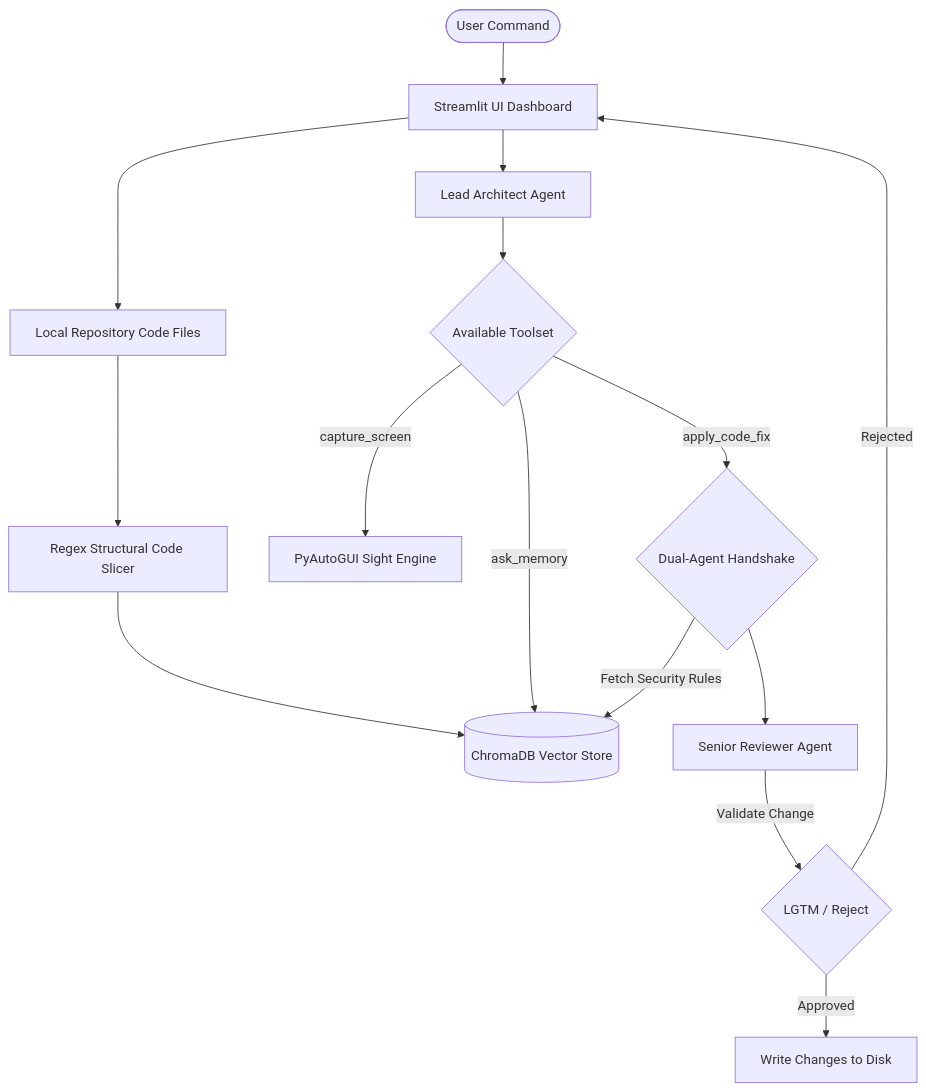
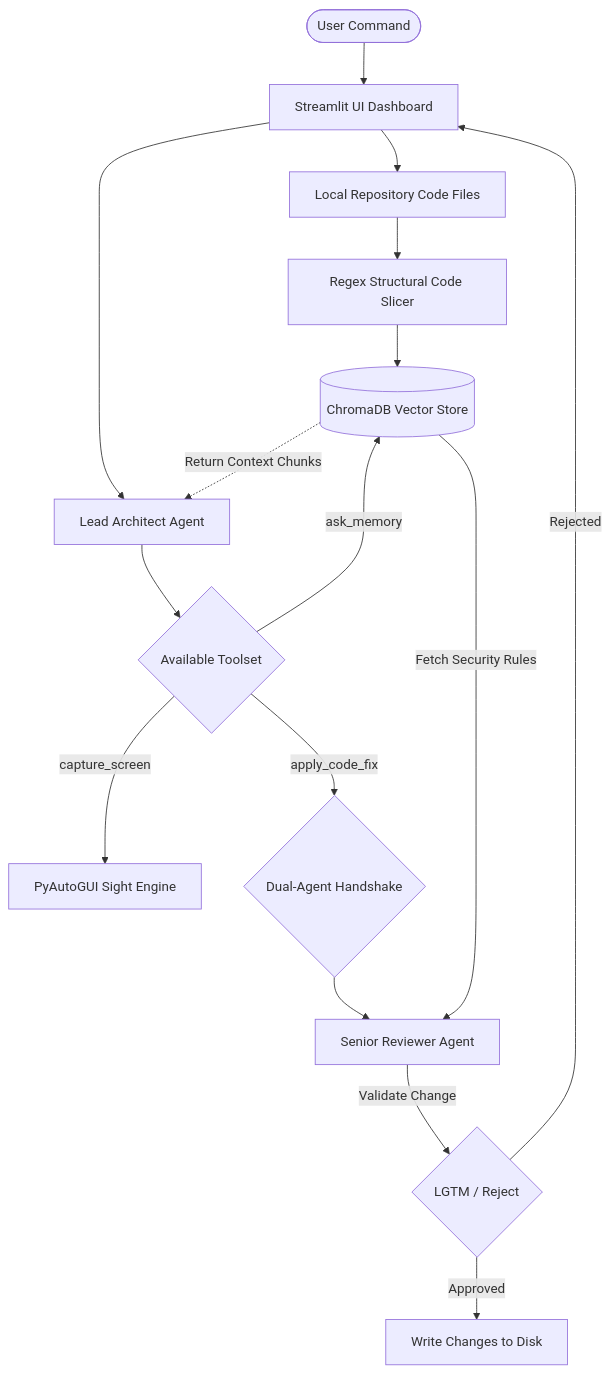
One commit to bunnny12345/CodeNexus changed the diagram in README.md. Above: the diagram before and after it, drawn with Mermaid.

Commit message:
docs: optimize architecture diagram links for explicit RAG data flows

````diff
--- a/README.md
+++ b/README.md
@@ -32,19 +32,25 @@
 ```mermaid
 graph TD
     User([User Command]) --> UI[Streamlit UI Dashboard]
     UI --> Ingestion[Local Repository Code Files]
     Ingestion --> Slicer[Regex Structural Code Slicer]
     Slicer --> DB[(ChromaDB Vector Store)]
     
     UI --> Architect[Lead Architect Agent]
     Architect --> Tools{Available Toolset}
+    
+    
     Tools --> |ask_memory| DB
+    DB -.-> |Return Context Chunks| Architect
+    
     Tools --> |capture_screen| Vision[PyAutoGUI Sight Engine]
     Tools --> |apply_code_fix| Handshake{Dual-Agent Handshake}
     
-    Handshake --> |Fetch Security Rules| DB
+    
     Handshake --> Reviewer[Senior Reviewer Agent]
+    DB --> |Fetch Security Rules| Reviewer
+    
     Reviewer --> |Validate Change| Verdict{LGTM / Reject}
     Verdict --> |Approved| Disk[Write Changes to Disk]
     Verdict --> |Rejected| UI
 ```
````
